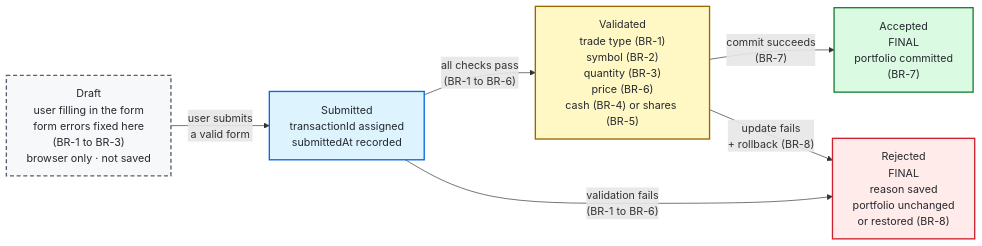
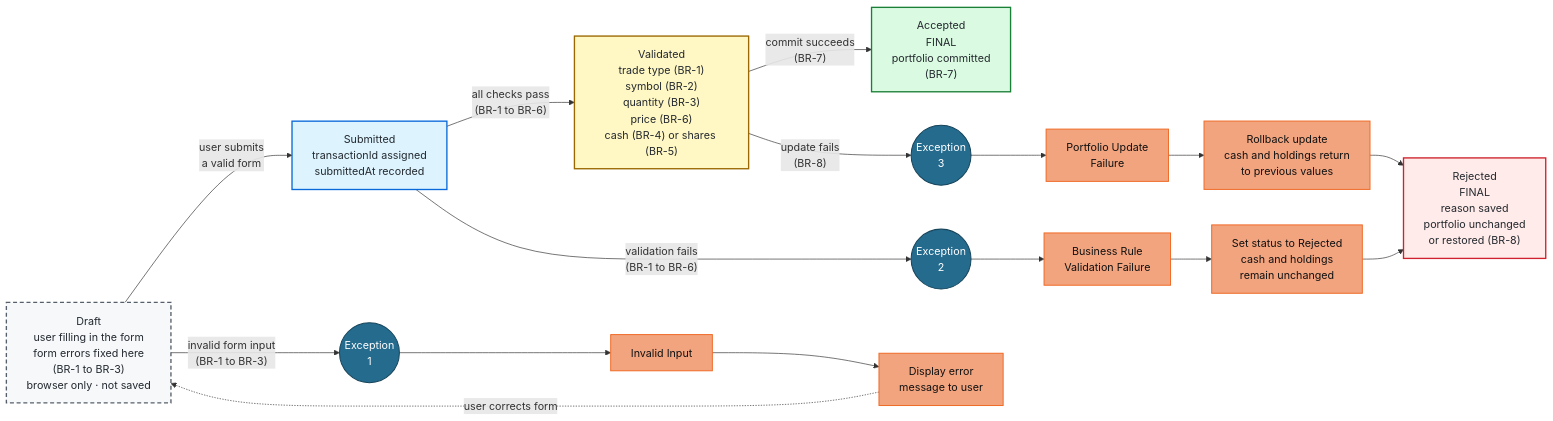
Before and after one commit to AustinNguyen1/MIS3371-Section10129-Group14: the diagram in docs/03-system-design/state-diagram.md, drawn with Mermaid. The commit also changed other lines of this file and 12 other files, not shown here.

````diff
--- a/docs/03-system-design/state-diagram.md
+++ b/docs/03-system-design/state-diagram.md
@@ -3,25 +3,77 @@
 ```mermaid
 flowchart LR
+    %% =========================
+    %% Main transaction states
+    %% =========================
     D["Draft<br/>user filling in the form<br/>form errors fixed here<br/>(BR-1 to BR-3)<br/>browser only · not saved"]
     S["Submitted<br/>transactionId assigned<br/>submittedAt recorded"]
     V["Validated<br/>trade type (BR-1)<br/>symbol (BR-2)<br/>quantity (BR-3)<br/>price (BR-6)<br/>cash (BR-4) or shares (BR-5)"]
     A["Accepted<br/>FINAL<br/>portfolio committed<br/>(BR-7)"]
     R["Rejected<br/>FINAL<br/>reason saved<br/>portfolio unchanged<br/>or restored (BR-8)"]
 
+    %% =========================
+    %% Exception paths
+    %% =========================
+    E1(("Exception<br/>1"))
+    X1["Invalid Input"]
+    O1["Display error<br/>message to user"]
+
+    E2(("Exception<br/>2"))
+    X2["Business Rule<br/>Validation Failure"]
+    O2["Set status to Rejected<br/>cash and holdings<br/>remain unchanged"]
+
+    E3(("Exception<br/>3"))
+    X3["Portfolio Update<br/>Failure"]
+    O3["Rollback update<br/>cash and holdings return<br/>to previous values"]
+
+    %% =========================
+    %% Normal transaction path
+    %% =========================
     D -- "user submits<br/>a valid form" --> S
     S -- "all checks pass<br/>(BR-1 to BR-6)" --> V
-    S -- "validation fails<br/>(BR-1 to BR-6)" --> R
     V -- "commit succeeds<br/>(BR-7)" --> A
-    V -- "update fails<br/>+ rollback (BR-8)" --> R
 
+    %% =========================
+    %% Exception 1
+    %% =========================
+    D -- "invalid form input<br/>(BR-1 to BR-3)" --> E1
+    E1 --> X1
+    X1 --> O1
+    O1 -. "user corrects form" .-> D
+
+    %% =========================
+    %% Exception 2
+    %% =========================
+    S -- "validation fails<br/>(BR-1 to BR-6)" --> E2
+    E2 --> X2
+    X2 --> O2
+    O2 --> R
+
+    %% =========================
+    %% Exception 3
+    %% =========================
+    V -- "update fails<br/>(BR-8)" --> E3
+    E3 --> X3
+    X3 --> O3
+    O3 --> R
+
+    %% =========================
+    %% Styles
+    %% =========================
     classDef draft fill:#f6f8fa,stroke:#57606a,color:#24292f,stroke-width:2px,stroke-dasharray:6 4
     classDef submitted fill:#ddf4ff,stroke:#0969DA,color:#24292f,stroke-width:2px
     classDef validated fill:#fff8c5,stroke:#9a6700,color:#24292f,stroke-width:2px
     classDef accepted fill:#dafbe1,stroke:#1a7f37,color:#24292f,stroke-width:2px
     classDef rejected fill:#ffebe9,stroke:#cf222e,color:#24292f,stroke-width:2px
+    classDef exception fill:#246b8e,stroke:#16445b,color:#ffffff,stroke-width:1.5px
+    classDef failure fill:#f2a47f,stroke:#f06b27,color:#111111,stroke-width:1.5px
+
     class D draft
     class S submitted
     class V validated
     class A accepted
     class R rejected
+
+    class E1,E2,E3 exception
+    class X1,X2,X3,O1,O2,O3 failure
 ```
````
